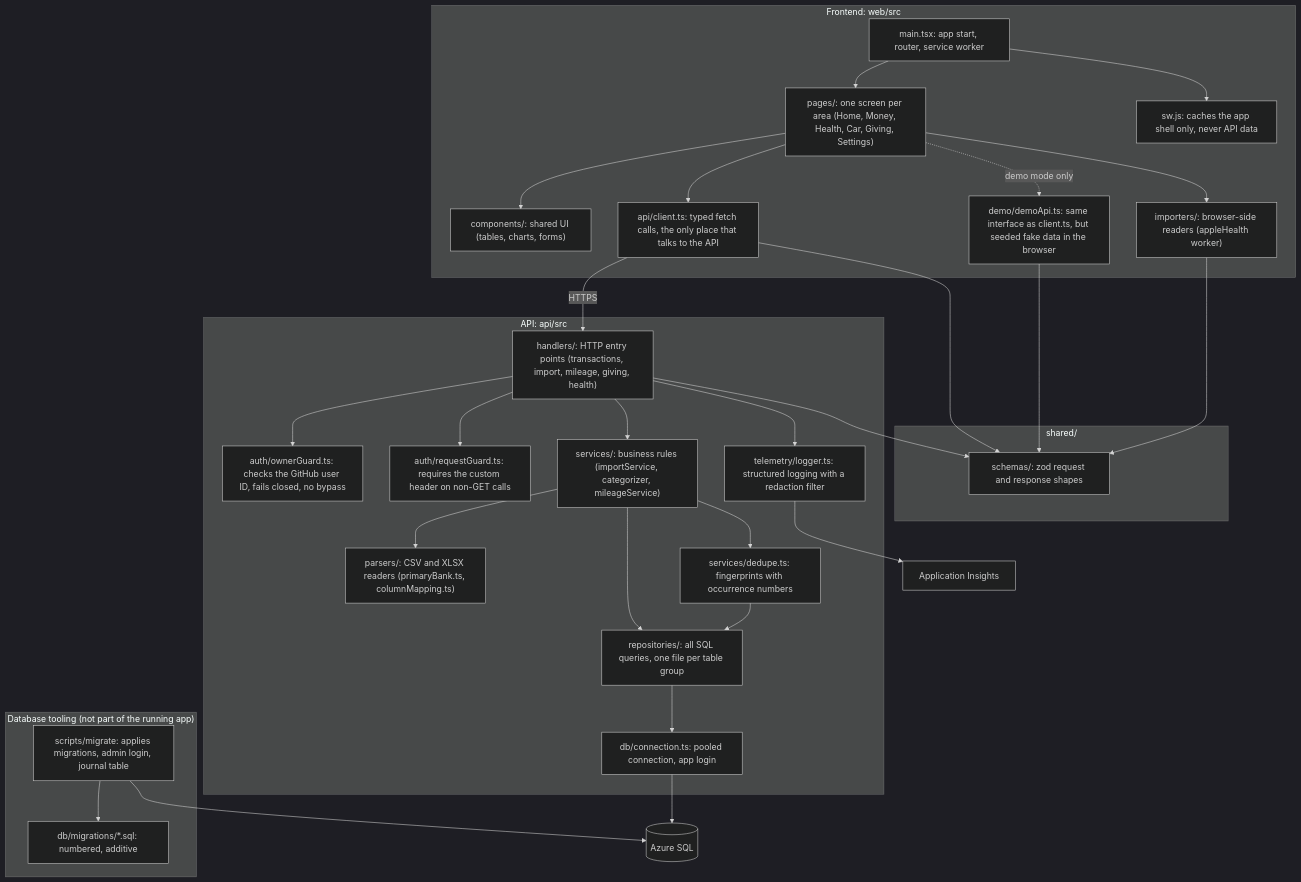
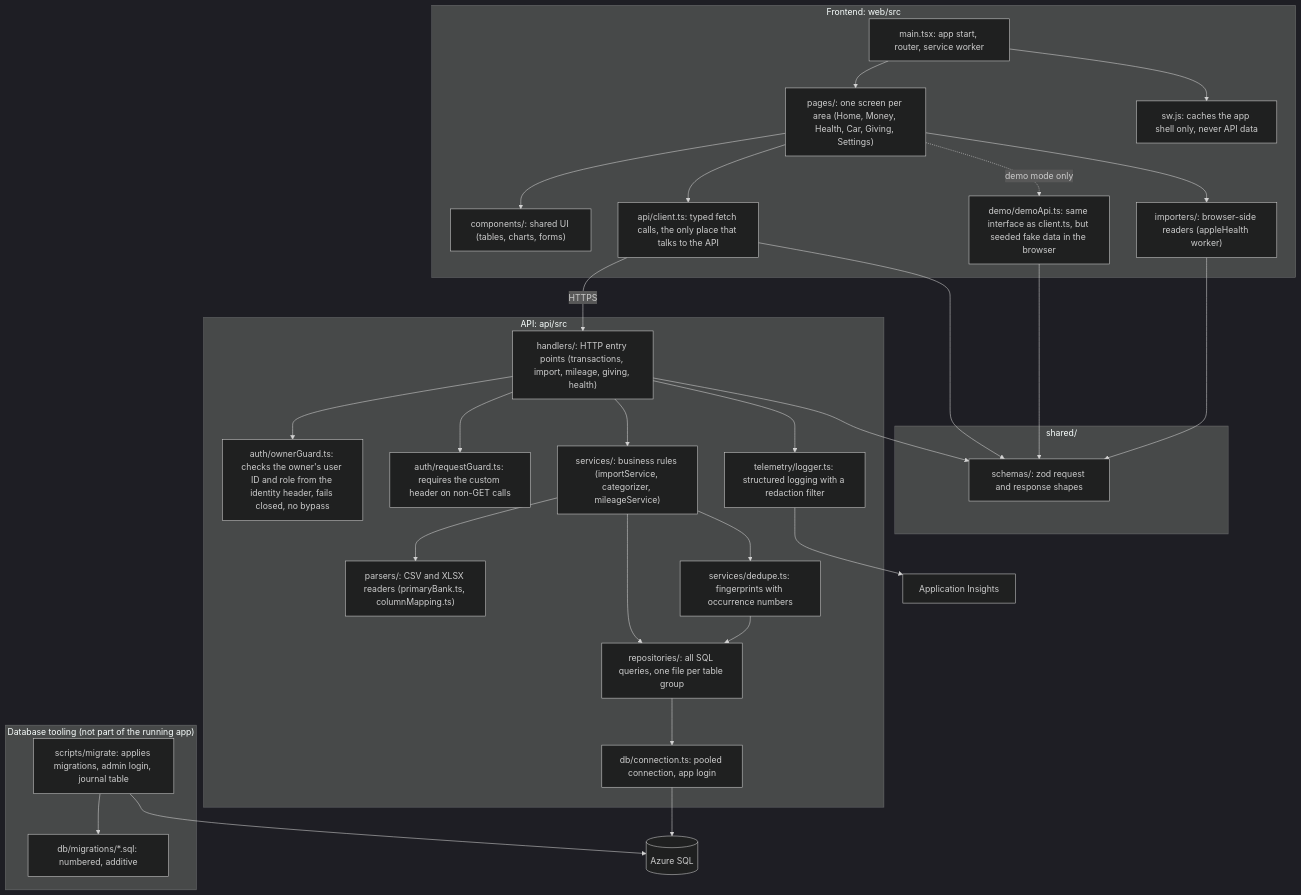
The second of 9 diagrams in ARCHITECTURE.md (githubacct54385/life-tracker), drawn with Mermaid (dark theme) before and after one commit. The commit also changed other lines of this file and 12 other files, not shown here.

````diff
--- a/ARCHITECTURE.md
+++ b/ARCHITECTURE.md
@@ -50,64 +50,64 @@
 ```mermaid
 flowchart TD
     subgraph shared["shared/"]
         schemas["schemas/: zod request and response shapes"]
     end
 
     subgraph web["Frontend: web/src"]
         main["main.tsx: app start, router, service worker"]
         pages["pages/: one screen per area (Home, Money, Health, Car, Giving, Settings)"]
         comps["components/: shared UI (tables, charts, forms)"]
         importers["importers/: browser-side readers (appleHealth worker)"]
         client["api/client.ts: typed fetch calls, the only place that talks to the API"]
         demo["demo/demoApi.ts: same interface as client.ts, but seeded fake data in the browser"]
         sw["sw.js: caches the app shell only, never API data"]
     end
 
     subgraph fn["API: api/src"]
         handlers["handlers/: HTTP entry points (transactions, import, mileage, giving, health)"]
-        guard["auth/ownerGuard.ts: checks the GitHub user ID, fails closed, no bypass"]
+        guard["auth/ownerGuard.ts: checks the owner's user ID and role from the identity header, fails closed, no bypass"]
         reqguard["auth/requestGuard.ts: requires the custom header on non-GET calls"]
         services["services/: business rules (importService, categorizer, mileageService)"]
         parsers["parsers/: CSV and XLSX readers (primaryBank.ts, columnMapping.ts)"]
         dedupe["services/dedupe.ts: fingerprints with occurrence numbers"]
         repos["repositories/: all SQL queries, one file per table group"]
         db["db/connection.ts: pooled connection, app login"]
         log["telemetry/logger.ts: structured logging with a redaction filter"]
     end
 
     subgraph ops["Database tooling (not part of the running app)"]
         migrations["db/migrations/*.sql: numbered, additive"]
         migrate["scripts/migrate: applies migrations, admin login, journal table"]
     end
 
     sqldb[("Azure SQL")]
     insights["Application Insights"]
 
     main --> pages
     main --> sw
     pages --> comps
     pages --> client
     pages --> importers
     pages -. "demo mode only" .-> demo
     client --> schemas
     demo --> schemas
     importers --> schemas
 
     client -- "HTTPS" --> handlers
 
     handlers --> guard
     handlers --> reqguard
     handlers --> schemas
     handlers --> services
     handlers --> log
     services --> parsers
     services --> dedupe
     services --> repos
     dedupe --> repos
     repos --> db
     db --> sqldb
     log --> insights
 
     migrate --> migrations
     migrate --> sqldb
 ```
````
